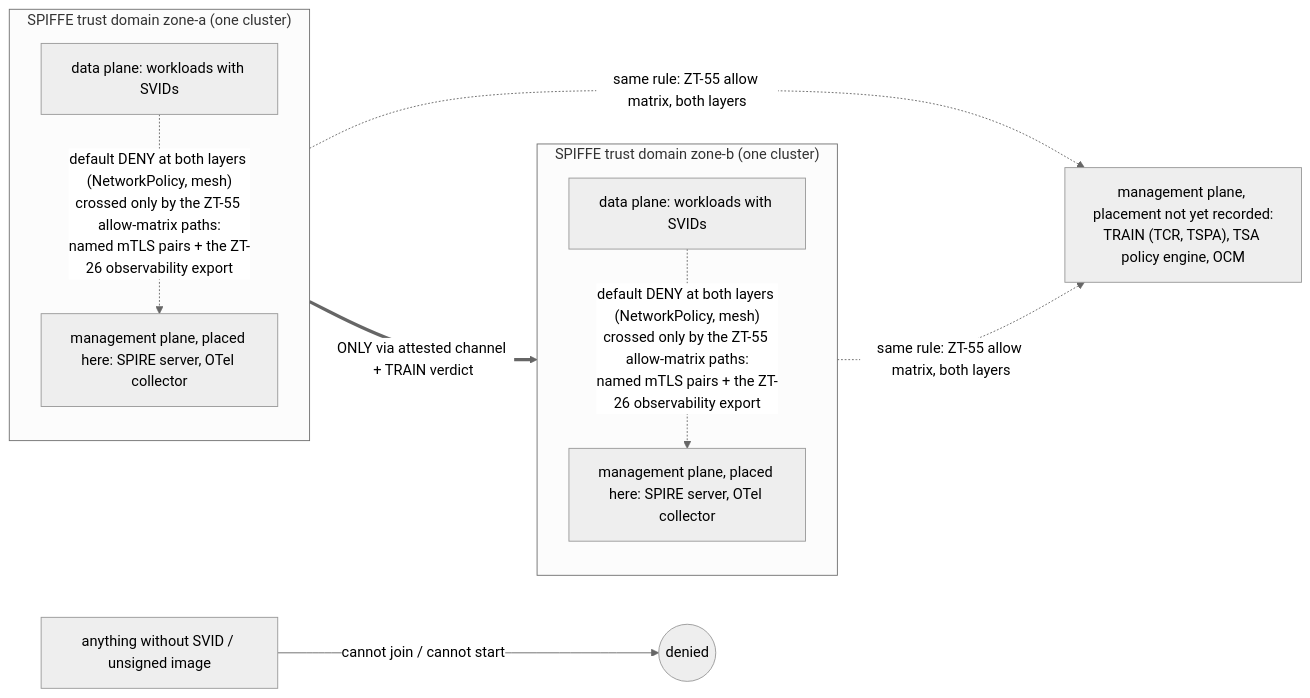
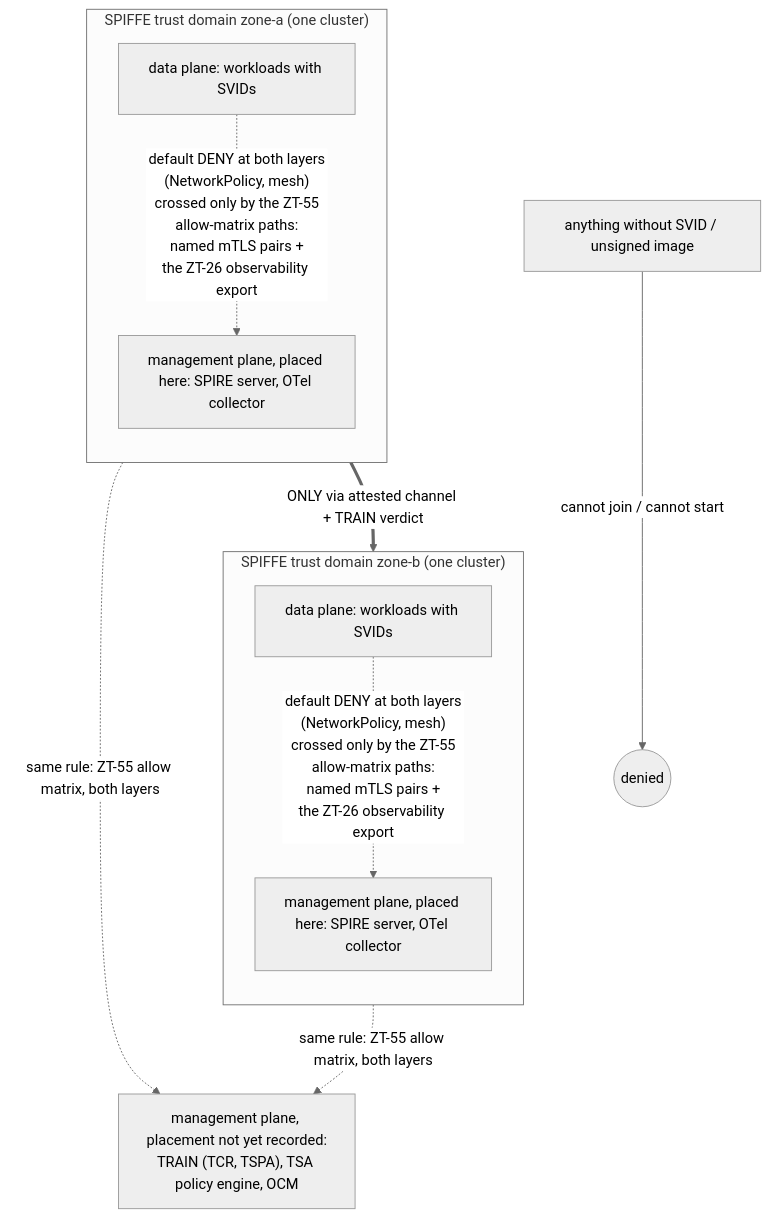
Before and after one commit to blopes-atals/facis-zero-trust-demonstrator: the diagram in docs/diagrams/03-trust-boundaries.mmd, drawn with Mermaid (neutral theme). The commit also changed 1 other file, not shown here.

Commit message:
docs: lay out diagram 03 top-to-bottom so it is legible at content width
Addresses ops-qa F1-F4: flowchart TB (viewBox width ~771px, was ~2030px),
intra-zone edge label re-broken so ZT-26 stays on one line.

Claude-Session: https://claude.ai/code/session_01Petnbwts84s3cXVWj5xoPX

```diff
--- a/docs/diagrams/03-trust-boundaries.mmd
+++ b/docs/diagrams/03-trust-boundaries.mmd
@@ -1,20 +1,20 @@
 %% Render: npx -y -p @mermaid-js/mermaid-cli mmdc -i docs/diagrams/03-trust-boundaries.mmd -o docs/diagrams/03-trust-boundaries.svg
 %% Diagram 03, trust boundaries. Illustrates ARCHITECTURE section 6; the allow matrix there is the place of record.
-flowchart LR
+flowchart TB
   subgraph TD_A["SPIFFE trust domain zone-a (one cluster)"]
     direction TB
     A1["data plane: workloads with SVIDs"]
     A2["management plane, placed here: SPIRE server, OTel collector"]
-    A1 -.->|"default DENY at both layers (NetworkPolicy, mesh)<br/>crossed only by the ZT-55 allow-matrix paths:<br/>named mTLS pairs + the ZT-26 observability export"| A2
+    A1 -.->|"default DENY at both layers<br/>(NetworkPolicy, mesh)<br/>crossed only by the ZT-55<br/>allow-matrix paths:<br/>named mTLS pairs +<br/>the ZT-26 observability export"| A2
   end
   subgraph TD_B["SPIFFE trust domain zone-b (one cluster)"]
     direction TB
     B1["data plane: workloads with SVIDs"]
     B2["management plane, placed here: SPIRE server, OTel collector"]
-    B1 -.->|"default DENY at both layers (NetworkPolicy, mesh)<br/>crossed only by the ZT-55 allow-matrix paths:<br/>named mTLS pairs + the ZT-26 observability export"| B2
+    B1 -.->|"default DENY at both layers<br/>(NetworkPolicy, mesh)<br/>crossed only by the ZT-55<br/>allow-matrix paths:<br/>named mTLS pairs +<br/>the ZT-26 observability export"| B2
   end
   A1 ==>|"ONLY via attested channel + TRAIN verdict"| B1
   MGMT_P["management plane, placement not yet recorded:<br/>TRAIN (TCR, TSPA), TSA policy engine, OCM"]
   A1 -.->|"same rule: ZT-55 allow matrix, both layers"| MGMT_P
   B1 -.->|"same rule: ZT-55 allow matrix, both layers"| MGMT_P
   EXT["anything without SVID / unsigned image"] -->|"cannot join / cannot start"| X((denied))
```
